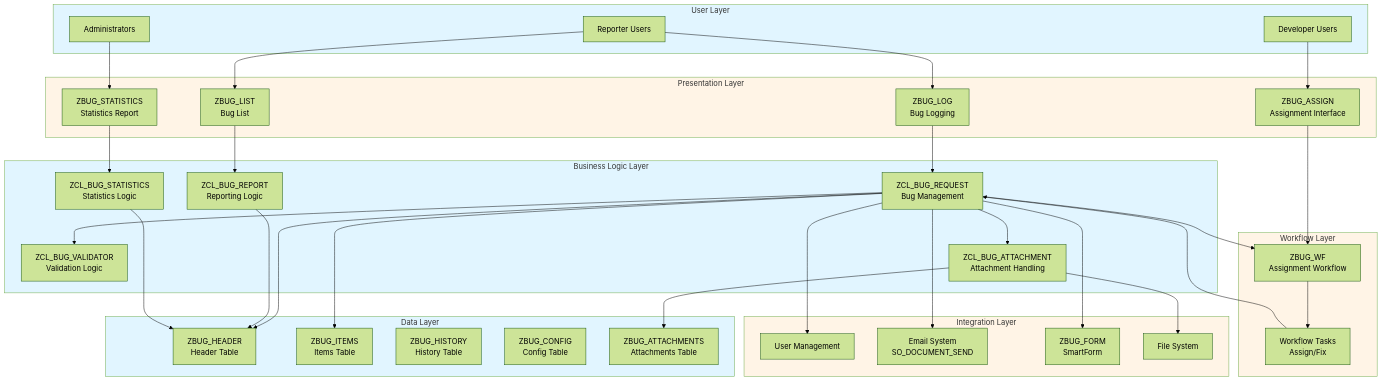
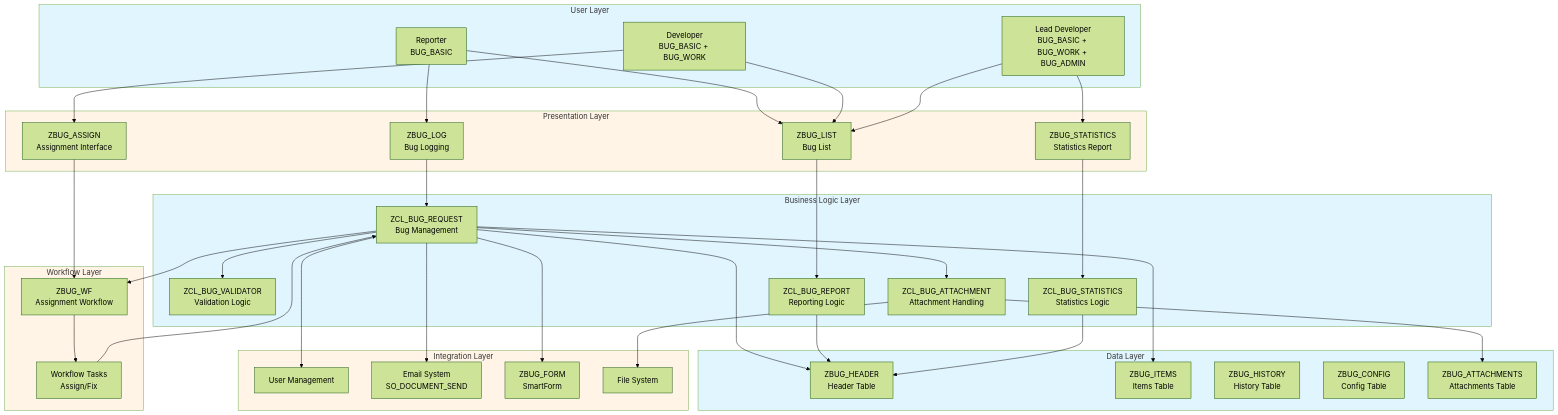
One commit to iouthnamain/tech-note changed the first of 6 diagrams in SAP-Guides/Capstone/Bug-Tracking-Management-VN/Technical_Architecture.md. Above: the diagram before and after it, drawn with Mermaid (forest theme). The commit also changed other lines of this file and 10 other files, not shown here.

````diff
--- a/SAP-Guides/Capstone/Bug-Tracking-Management-VN/Technical_Architecture.md
+++ b/SAP-Guides/Capstone/Bug-Tracking-Management-VN/Technical_Architecture.md
@@ -25,78 +25,80 @@
 ```mermaid
 graph TB
     subgraph UserLayer[User Layer]
-        Reporter[Reporter Users]
-        Developer[Developer Users]
-        Admin[Administrators]
+        Reporter[Reporter<br/>BUG_BASIC]
+        Developer[Developer<br/>BUG_BASIC + BUG_WORK]
+        LeadDev[Lead Developer<br/>BUG_BASIC + BUG_WORK + BUG_ADMIN]
     end
     
     subgraph PresentationLayer[Presentation Layer]
         LogScreen[ZBUG_LOG<br/>Bug Logging]
         ListScreen[ZBUG_LIST<br/>Bug List]
         StatsScreen[ZBUG_STATISTICS<br/>Statistics Report]
         AssignScreen[ZBUG_ASSIGN<br/>Assignment Interface]
     end
     
     subgraph BusinessLayer[Business Logic Layer]
         BugClass[ZCL_BUG_REQUEST<br/>Bug Management]
         ValidatorClass[ZCL_BUG_VALIDATOR<br/>Validation Logic]
         StatsClass[ZCL_BUG_STATISTICS<br/>Statistics Logic]
         ReportClass[ZCL_BUG_REPORT<br/>Reporting Logic]
         AttachClass[ZCL_BUG_ATTACHMENT<br/>Attachment Handling]
     end
     
     subgraph WorkflowLayer[Workflow Layer]
         Workflow[ZBUG_WF<br/>Assignment Workflow]
         WorkflowTasks[Workflow Tasks<br/>Assign/Fix]
     end
     
     subgraph DataLayer[Data Layer]
         HeaderTable[ZBUG_HEADER<br/>Header Table]
         ItemTable[ZBUG_ITEMS<br/>Items Table]
         HistoryTable[ZBUG_HISTORY<br/>History Table]
         ConfigTable[ZBUG_CONFIG<br/>Config Table]
         AttachTable[ZBUG_ATTACHMENTS<br/>Attachments Table]
     end
     
     subgraph IntegrationLayer[Integration Layer]
         UserModule[User Management]
         EmailSystem[Email System<br/>SO_DOCUMENT_SEND]
         SmartForm[ZBUG_FORM<br/>SmartForm]
         FileSystem[File System]
     end
     
     Reporter --> LogScreen
     Developer --> AssignScreen
-    Admin --> StatsScreen
+    LeadDev --> StatsScreen
     Reporter --> ListScreen
+    Developer --> ListScreen
+    LeadDev --> ListScreen
     
     LogScreen --> BugClass
     AssignScreen --> Workflow
     ListScreen --> ReportClass
     StatsScreen --> StatsClass
     
     BugClass --> ValidatorClass
     BugClass --> HeaderTable
     BugClass --> ItemTable
     BugClass --> Workflow
     BugClass --> AttachClass
     
     Workflow --> WorkflowTasks
     WorkflowTasks --> BugClass
     
     ReportClass --> HeaderTable
     StatsClass --> HeaderTable
     AttachClass --> AttachTable
     
     BugClass --> UserModule
     BugClass --> EmailSystem
     BugClass --> SmartForm
     AttachClass --> FileSystem
     
     style UserLayer fill:#e1f5ff
     style PresentationLayer fill:#fff4e6
     style BusinessLayer fill:#e1f5ff
     style WorkflowLayer fill:#fff4e6
     style DataLayer fill:#e1f5ff
     style IntegrationLayer fill:#fff4e6
 ```
````
